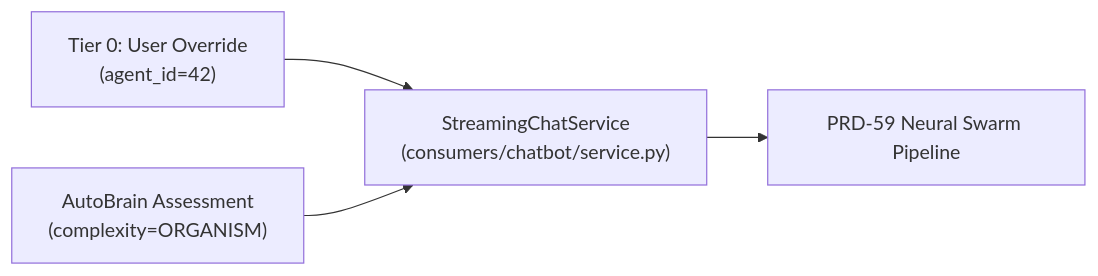
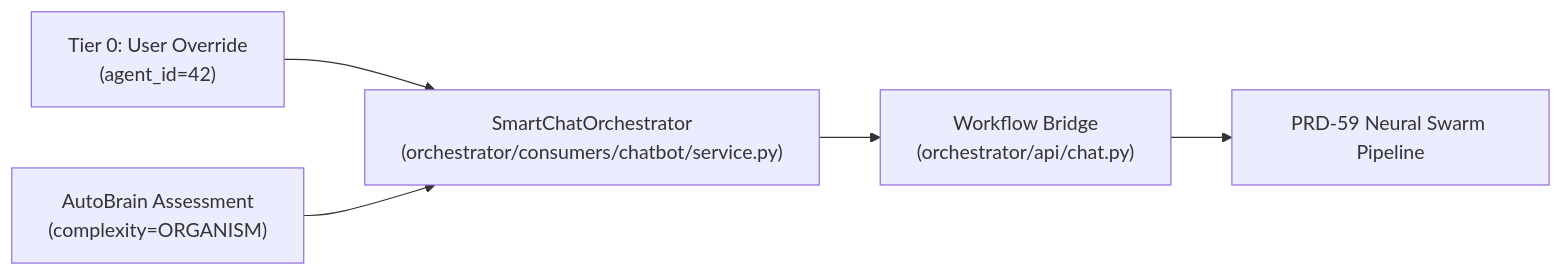
The third of 3 diagrams in docs/universal-router/tier-0-user-overrides.md (AutomatosAI/automatos-ai), drawn with Mermaid before and after one commit. The commit also changed other lines of this file and 153 other files, not shown here.

````diff
--- a/docs/universal-router/tier-0-user-overrides.md
+++ b/docs/universal-router/tier-0-user-overrides.md
@@ -183,10 +177,12 @@
 ```mermaid
 graph LR
     UserOverride["Tier 0: User Override<br/>(agent_id=42)"]
     AutoBrain["AutoBrain Assessment<br/>(complexity=ORGANISM)"]
-    Executor["StreamingChatService<br/>(consumers/chatbot/service.py)"]
+    Executor["SmartChatOrchestrator<br/>(orchestrator/consumers/chatbot/service.py)"]
+    Bridge["Workflow Bridge<br/>(orchestrator/api/chat.py)"]
     
     UserOverride --> Executor
     AutoBrain --> Executor
-    Executor --> Workflow["PRD-59 Neural Swarm Pipeline"]
+    Executor --> Bridge
+    Bridge --> Workflow["PRD-59 Neural Swarm Pipeline"]
 ```
````
